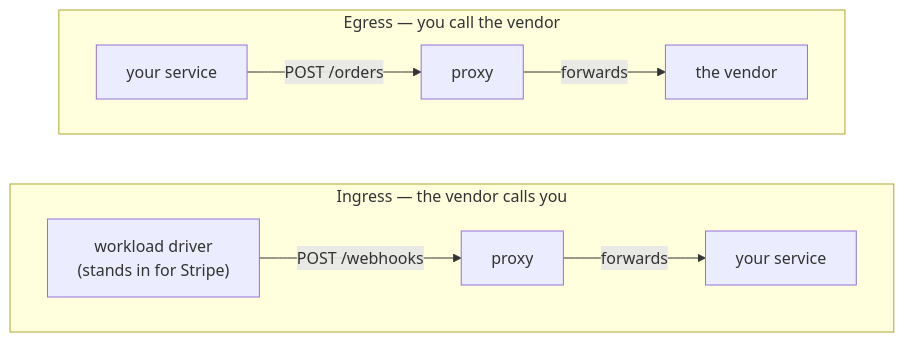
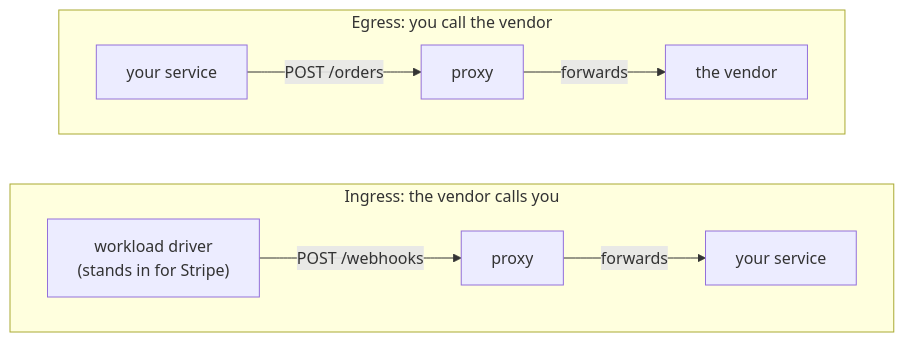
The sixth of 9 diagrams in docs/ARCHITECTURE.md (anthid-labs/misorder), drawn with Mermaid before and after one commit. The commit also changed other lines of this file and 20 other files, not shown here.

````diff
--- a/docs/ARCHITECTURE.md
+++ b/docs/ARCHITECTURE.md
@@ -216,14 +216,14 @@
 ```mermaid
 flowchart LR
-    subgraph ingress["Ingress — the vendor calls you"]
+    subgraph ingress["Ingress: the vendor calls you"]
         direction LR
         d1["workload driver<br/>(stands in for Stripe)"] -->|"POST /webhooks"| p1["proxy"]
         p1 -->|"forwards"| s1["your service"]
     end
 
-    subgraph egress["Egress — you call the vendor"]
+    subgraph egress["Egress: you call the vendor"]
         direction LR
         s2["your service"] -->|"POST /orders"| p2["proxy"]
         p2 -->|"forwards"| v2["the vendor"]
     end
 ```
````
